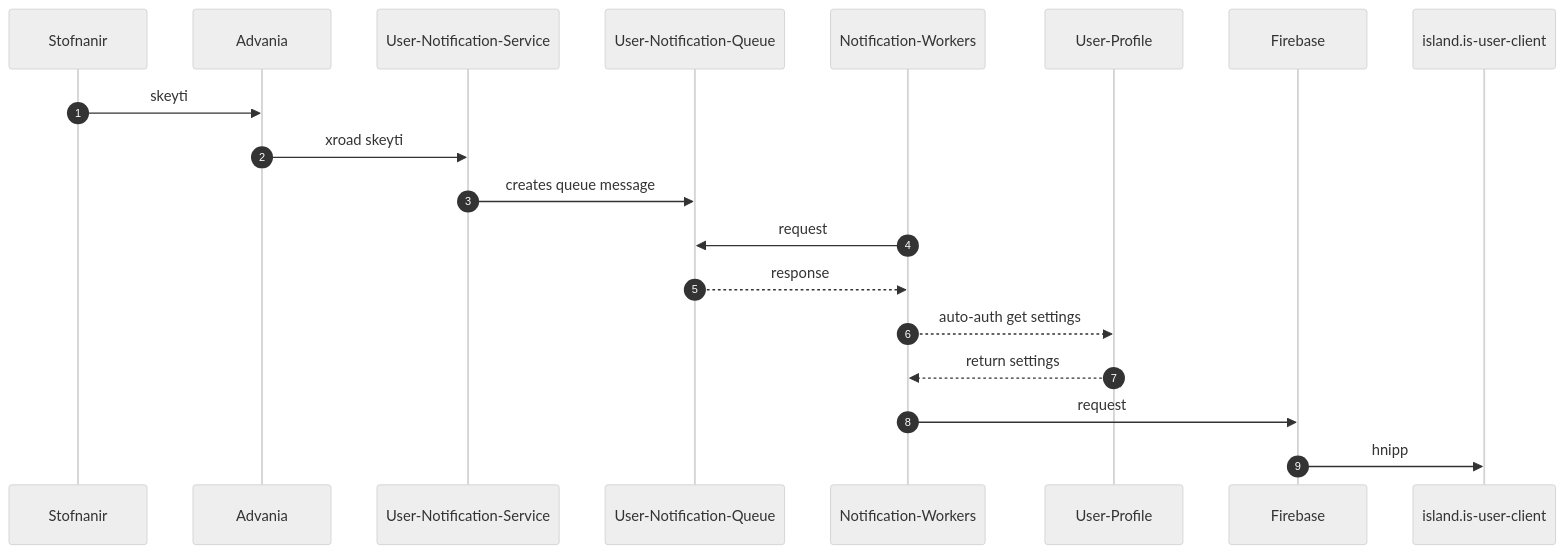
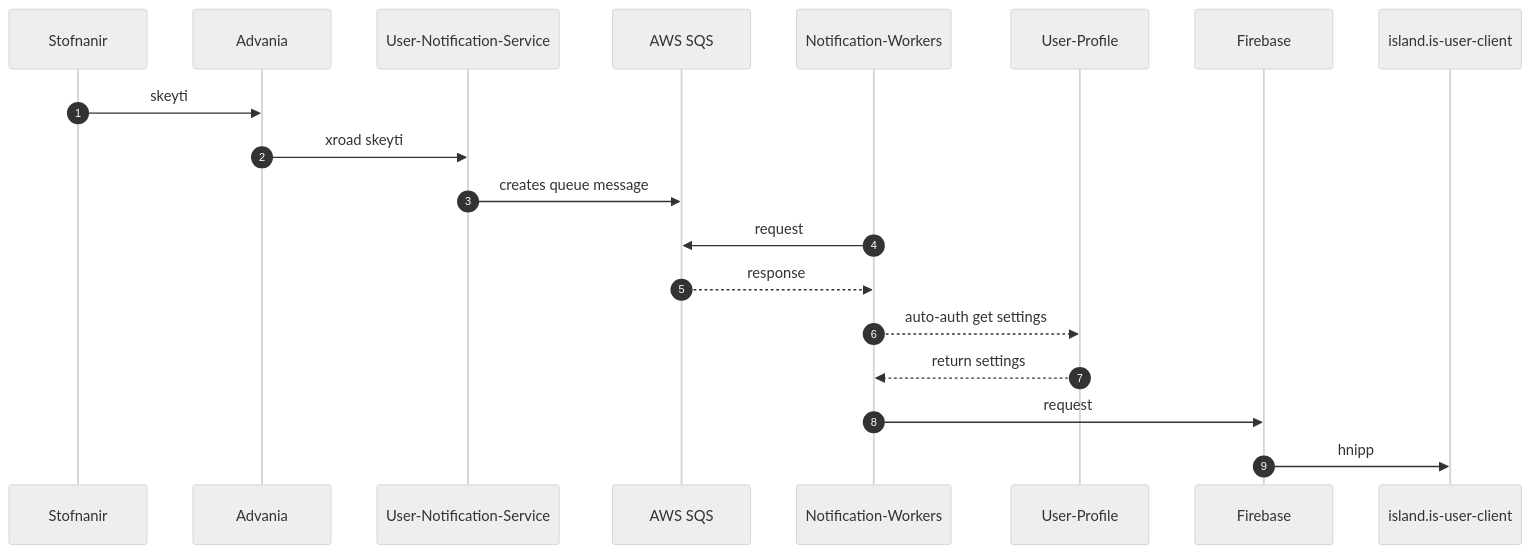
The diagram in hnipp.md (rafnarnason/bookish-fiesta), drawn with Mermaid (neutral theme) before and after one commit.

````diff
--- a/hnipp.md
+++ b/hnipp.md
@@ -1,17 +1,17 @@
 ```mermaid
 sequenceDiagram
     autonumber
     Stofnanir->>Advania:skeyti
     Advania->>User-Notification-Service:xroad skeyti
-    User-Notification-Service->>User-Notification-Queue:creates queue message
-    Notification-Workers->>User-Notification-Queue:request
-    User-Notification-Queue-->>Notification-Workers:response
+    User-Notification-Service->>AWS SQS:creates queue message
+    Notification-Workers->>AWS SQS:request
+    AWS SQS-->>Notification-Workers:response
     Notification-Workers-->>User-Profile:auto-auth get settings
     User-Profile-->>Notification-Workers:return settings
     
     Notification-Workers->>Firebase:request
     Firebase->>island.is-user-client:hnipp
     
     
    
 ```
````
